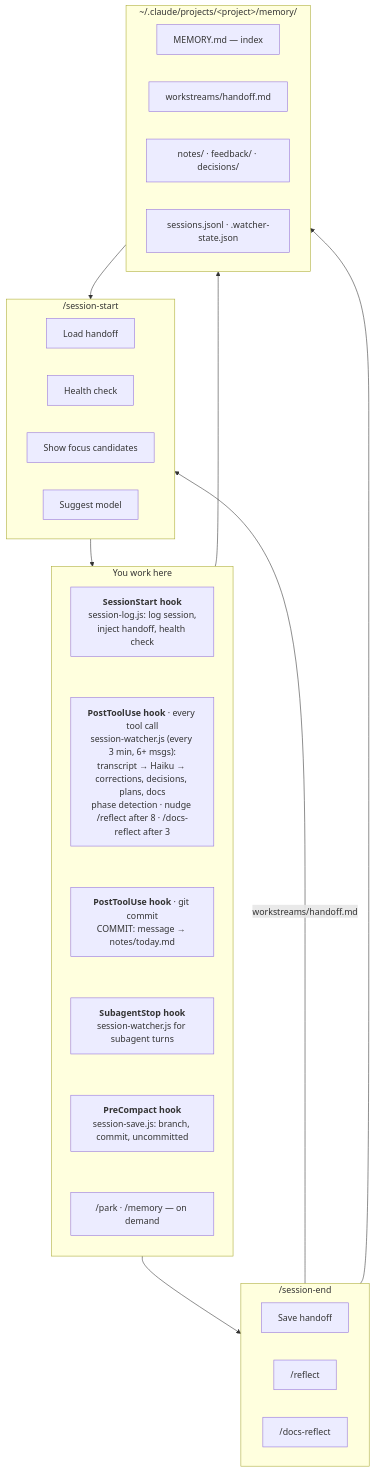
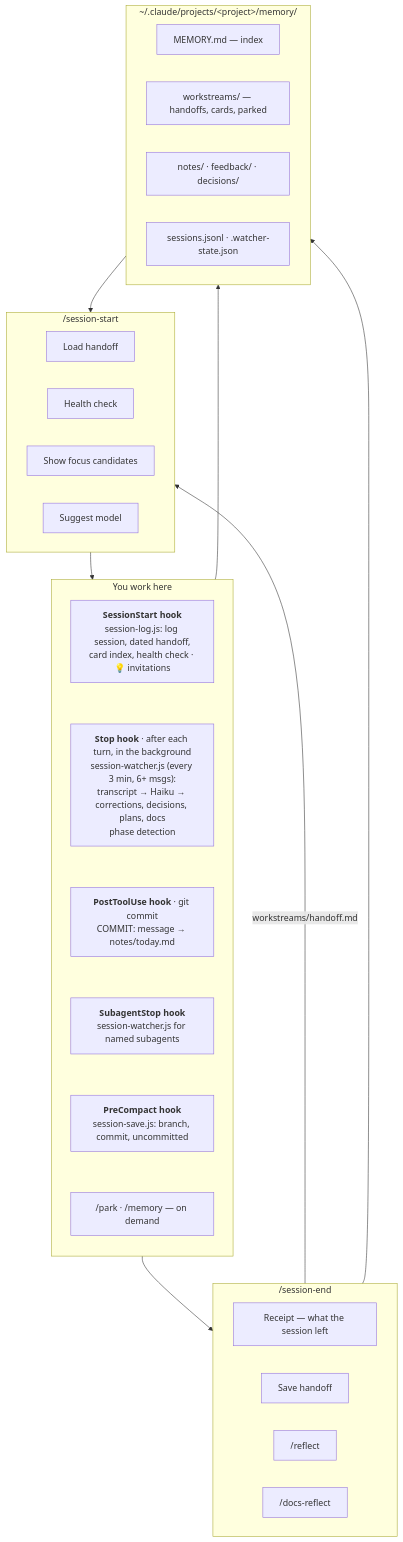
The diagram in README.md (IlyaGorsky/memory-toolkit), drawn with Mermaid before and after one commit. The commit also changed other lines of this file and 2 other files, not shown here.

First line of the commit message:
docs: workstream cards, parking, receipt and the async watcher

````diff
--- a/README.md
+++ b/README.md
@@ -129,48 +134,49 @@
 ```mermaid
 flowchart TB
     subgraph START ["/session-start"]
         S1["Load handoff"]
         S2["Health check"]
         S3["Show focus candidates"]
         S4["Suggest model"]
     end
 
     subgraph WORK ["You work here"]
         direction TB
 
-        H1["<b>SessionStart hook</b><br/>session-log.js: log session,<br/>inject handoff, health check"]
+        H1["<b>SessionStart hook</b><br/>session-log.js: log session, dated handoff,<br/>card index, health check · 💡 invitations"]
 
-        H2["<b>PostToolUse hook</b> · every tool call<br/>session-watcher.js (every 3 min, 6+ msgs):<br/>transcript → Haiku → corrections, decisions, plans, docs<br/>phase detection · nudge /reflect after 8 · /docs-reflect after 3"]
+        H2["<b>Stop hook</b> · after each turn, in the background<br/>session-watcher.js (every 3 min, 6+ msgs):<br/>transcript → Haiku → corrections, decisions, plans, docs<br/>phase detection"]
 
         H3["<b>PostToolUse hook</b> · git commit<br/>COMMIT: message → notes/today.md"]
 
-        H4["<b>SubagentStop hook</b><br/>session-watcher.js for subagent turns"]
+        H4["<b>SubagentStop hook</b><br/>session-watcher.js for named subagents"]
 
         H5["<b>PreCompact hook</b><br/>session-save.js: branch, commit, uncommitted"]
 
         SK["/park · /memory — on demand"]
 
         H1 ~~~ H2 ~~~ H3 ~~~ H4 ~~~ H5 ~~~ SK
     end
 
     subgraph END_ ["/session-end"]
+        E0["Receipt — what the session left"]
         E1["Save handoff"]
         E2["/reflect"]
         E3["/docs-reflect"]
     end
 
     subgraph STORAGE ["~/.claude/projects/&lt;project&gt;/memory/"]
         direction LR
         F1["MEMORY.md — index"]
-        F2["workstreams/handoff.md"]
+        F2["workstreams/ — handoffs, cards, parked"]
         F3["notes/ · feedback/ · decisions/"]
         F4["sessions.jsonl · .watcher-state.json"]
     end
 
     START --> WORK
     WORK --> END_
     END_ -- "workstreams/handoff.md" --> START
     WORK --> STORAGE
     END_ --> STORAGE
     STORAGE --> START
 ```
````
